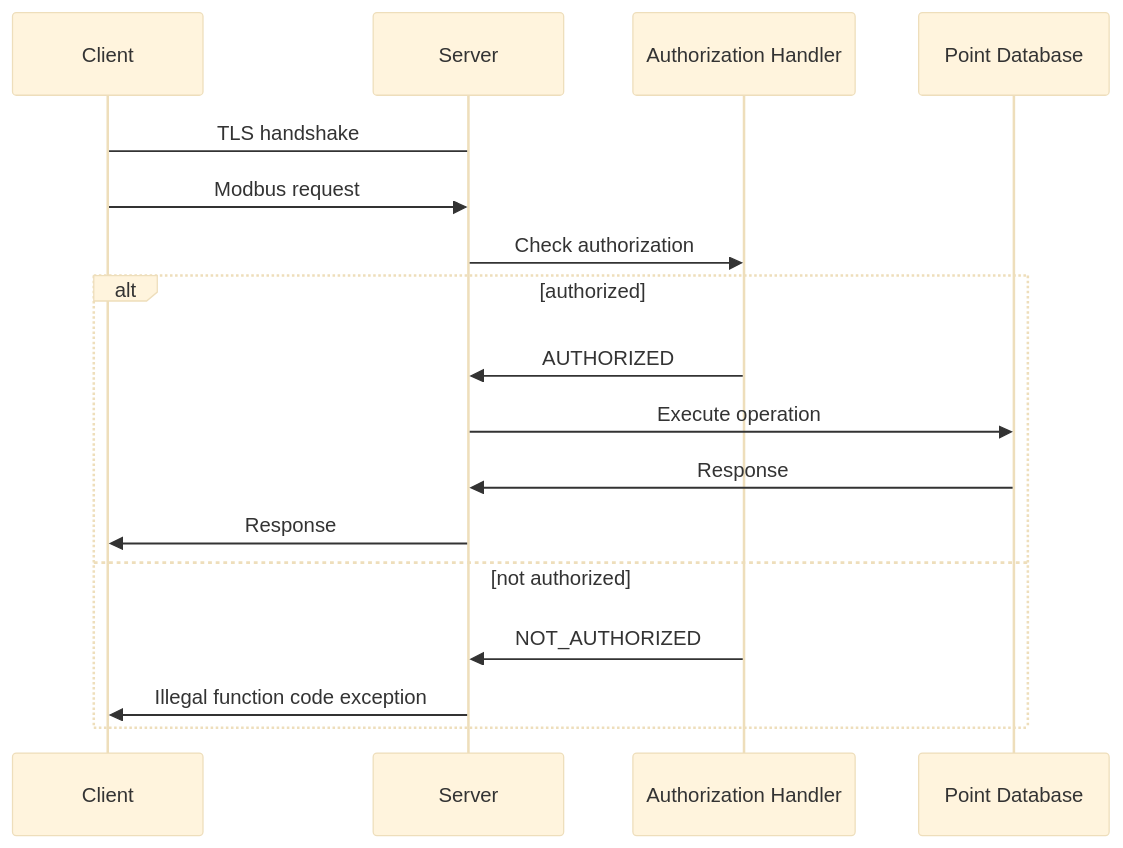
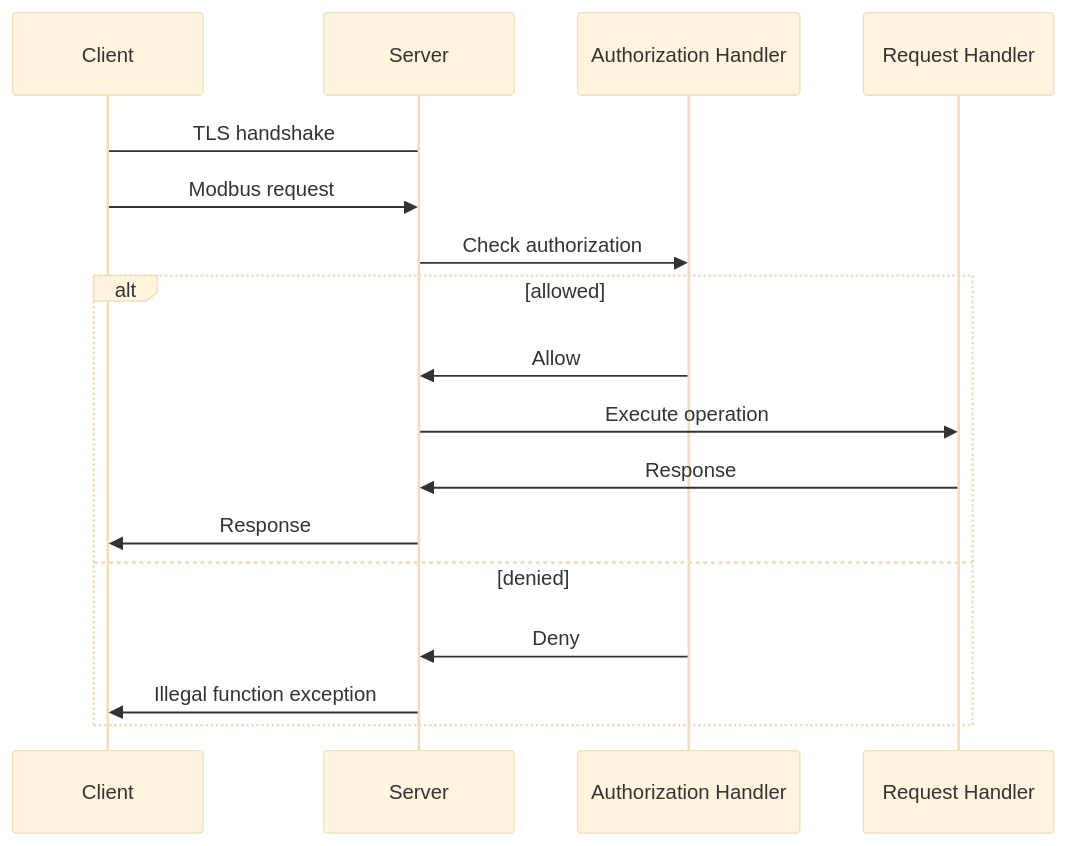
Before and after one commit to stepfunc/rodbus: the diagram in guide/docs/api/tls.mdx, drawn with Mermaid (base theme). The commit also changed other lines of this file and 29 other files, not shown here.

````diff
--- a/guide/docs/api/tls.mdx
+++ b/guide/docs/api/tls.mdx
@@ -19,15 +33,15 @@
 ```mermaid
 sequenceDiagram
 Client->Server: TLS handshake
 Client->>Server: Modbus request
 Server->>Authorization Handler: Check authorization
-alt authorized
-Authorization Handler->>Server: AUTHORIZED
-Server->>Point Database: Execute operation
-Point Database->>Server: Response
+alt allowed
+Authorization Handler->>Server: Allow
+Server->>Request Handler: Execute operation
+Request Handler->>Server: Response
 Server->>Client: Response
-else not authorized
-Authorization Handler->>Server: NOT_AUTHORIZED
-Server->>Client: Illegal function code exception
+else denied
+Authorization Handler->>Server: Deny
+Server->>Client: Illegal function exception
 end
 ```
````
